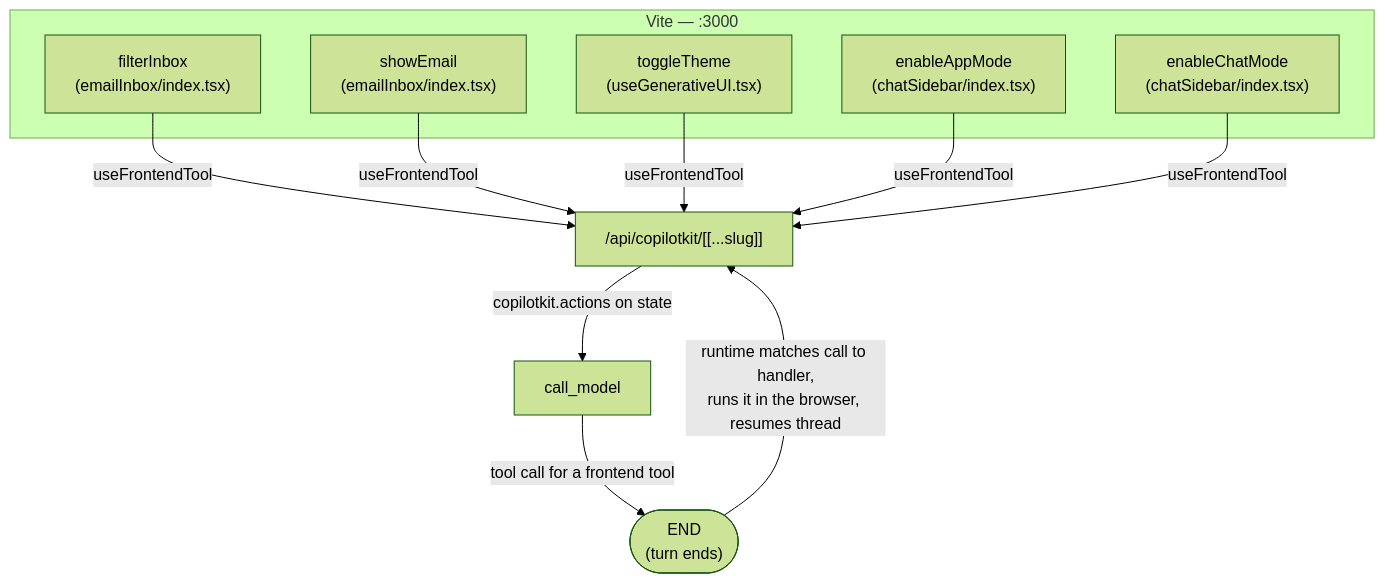
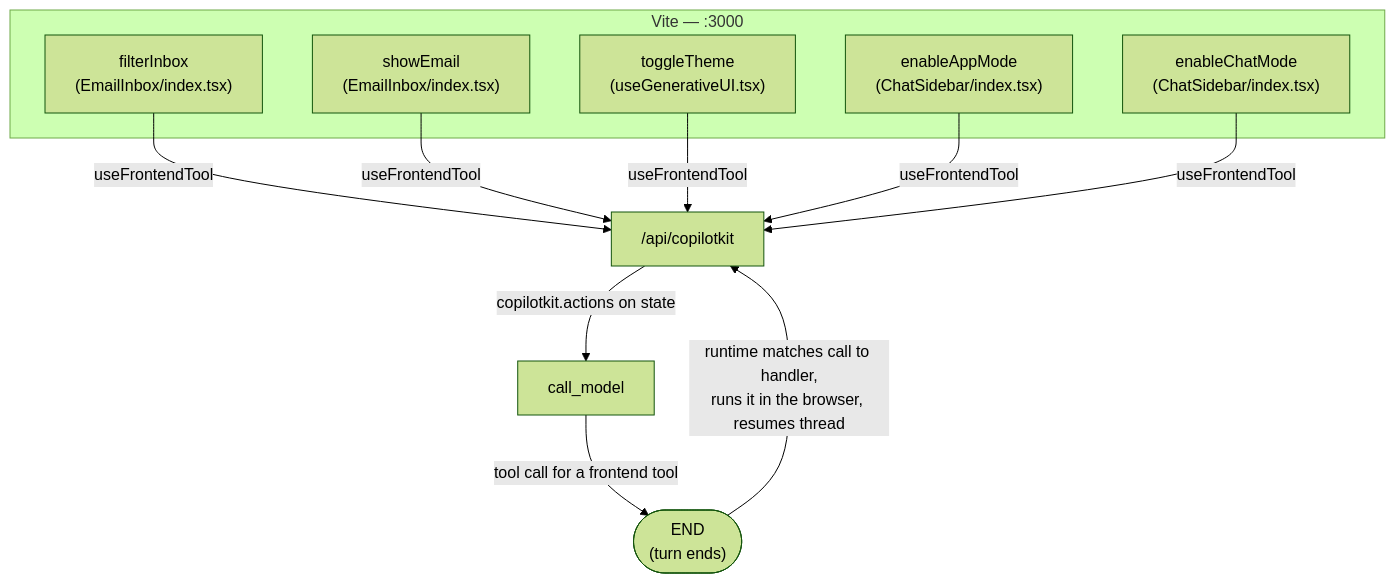
The fifth of 5 diagrams in practice-new-version/docs/ARCHITECTURE.md (myle-agilityio/langchain-training), drawn with Mermaid (forest theme) before and after one commit. The commit also changed other lines of this file, not shown here.

Commit message:
feat: update architecture documentation with new API endpoints and clarify graph structures

````diff
--- a/practice-new-version/docs/ARCHITECTURE.md
+++ b/practice-new-version/docs/ARCHITECTURE.md
@@ -132,20 +146,20 @@
 ```mermaid
 graph TD
     subgraph Frontend["Vite — :3000"]
-        FilterInbox["filterInbox\n(emailInbox/index.tsx)"]
-        ShowEmail["showEmail\n(emailInbox/index.tsx)"]
+        FilterInbox["filterInbox\n(EmailInbox/index.tsx)"]
+        ShowEmail["showEmail\n(EmailInbox/index.tsx)"]
         ToggleTheme["toggleTheme\n(useGenerativeUI.tsx)"]
-        EnableAppMode["enableAppMode\n(chatSidebar/index.tsx)"]
-        EnableChatMode["enableChatMode\n(chatSidebar/index.tsx)"]
+        EnableAppMode["enableAppMode\n(ChatSidebar/index.tsx)"]
+        EnableChatMode["enableChatMode\n(ChatSidebar/index.tsx)"]
     end
 
-    FilterInbox -- "useFrontendTool" --> CopilotRoute["/api/copilotkit/[[...slug]]"]
+    FilterInbox -- "useFrontendTool" --> CopilotRoute["/api/copilotkit"]
     ShowEmail -- "useFrontendTool" --> CopilotRoute
     ToggleTheme -- "useFrontendTool" --> CopilotRoute
     EnableAppMode -- "useFrontendTool" --> CopilotRoute
     EnableChatMode -- "useFrontendTool" --> CopilotRoute
 
     CopilotRoute -- "copilotkit.actions on state" --> call_model["call_model"]
     call_model -- "tool call for a frontend tool" --> END(["END\n(turn ends)"])
     END -- "runtime matches call to handler,\nruns it in the browser, resumes thread" --> CopilotRoute
 ```
````
